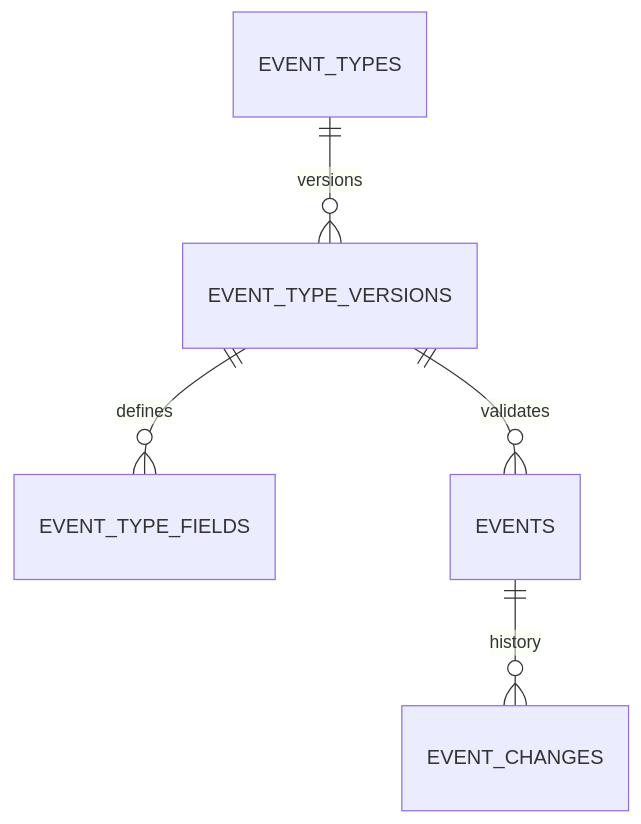
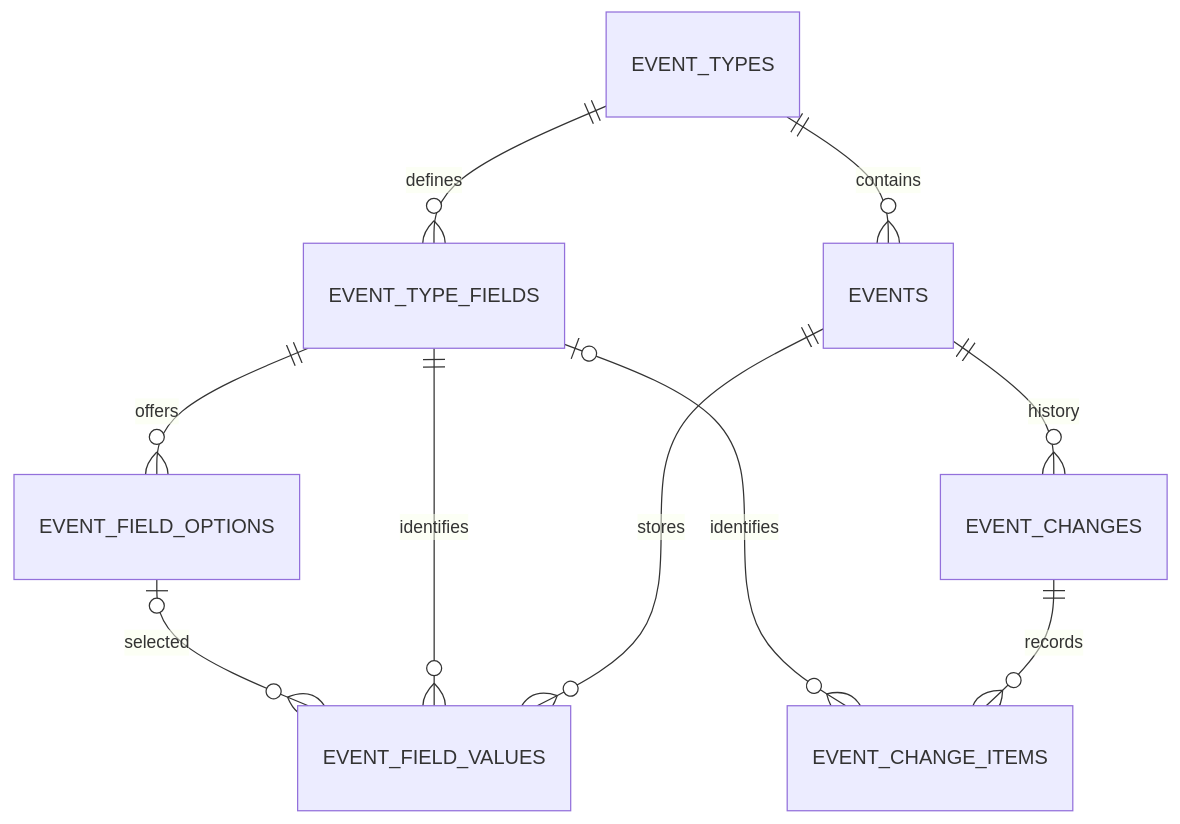
One commit to yoweil/event-service changed the diagram in docs/data-model.md. Above: the diagram before and after it, drawn with Mermaid. The commit also changed other lines of this file and 4 other files, not shown here.

````diff
--- a/docs/data-model.md
+++ b/docs/data-model.md
@@ -28,7 +42,12 @@
 ```mermaid
 erDiagram
-    EVENT_TYPES ||--o{ EVENT_TYPE_VERSIONS : versions
-    EVENT_TYPE_VERSIONS ||--o{ EVENT_TYPE_FIELDS : defines
-    EVENT_TYPE_VERSIONS ||--o{ EVENTS : validates
+    EVENT_TYPES ||--o{ EVENTS : contains
+    EVENT_TYPES ||--o{ EVENT_TYPE_FIELDS : defines
+    EVENT_TYPE_FIELDS ||--o{ EVENT_FIELD_OPTIONS : offers
+    EVENTS ||--o{ EVENT_FIELD_VALUES : stores
+    EVENT_TYPE_FIELDS ||--o{ EVENT_FIELD_VALUES : identifies
+    EVENT_FIELD_OPTIONS o|--o{ EVENT_FIELD_VALUES : selected
     EVENTS ||--o{ EVENT_CHANGES : history
+    EVENT_CHANGES ||--o{ EVENT_CHANGE_ITEMS : records
+    EVENT_TYPE_FIELDS o|--o{ EVENT_CHANGE_ITEMS : identifies
 ```
````
